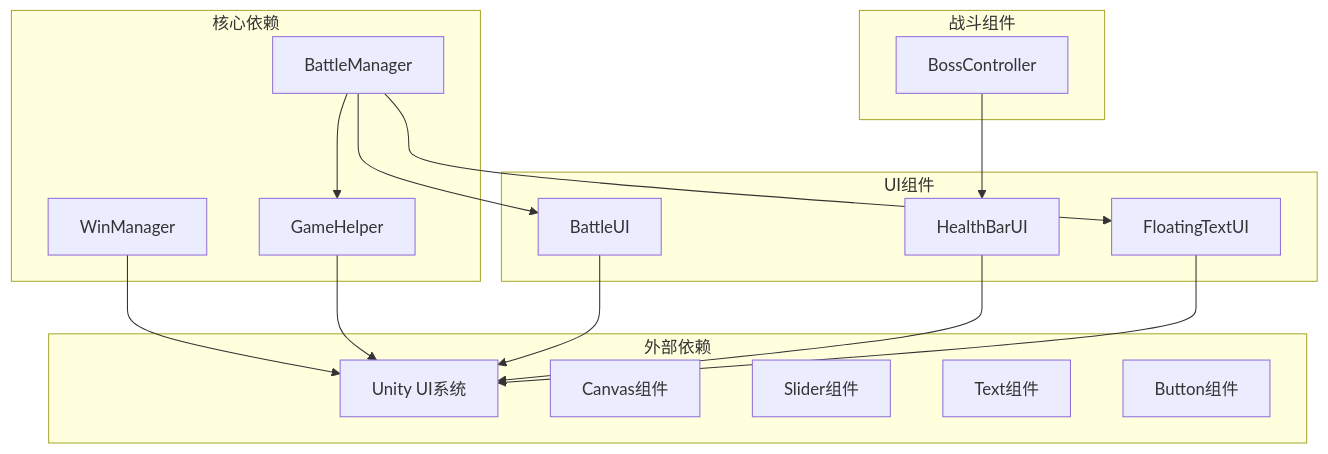
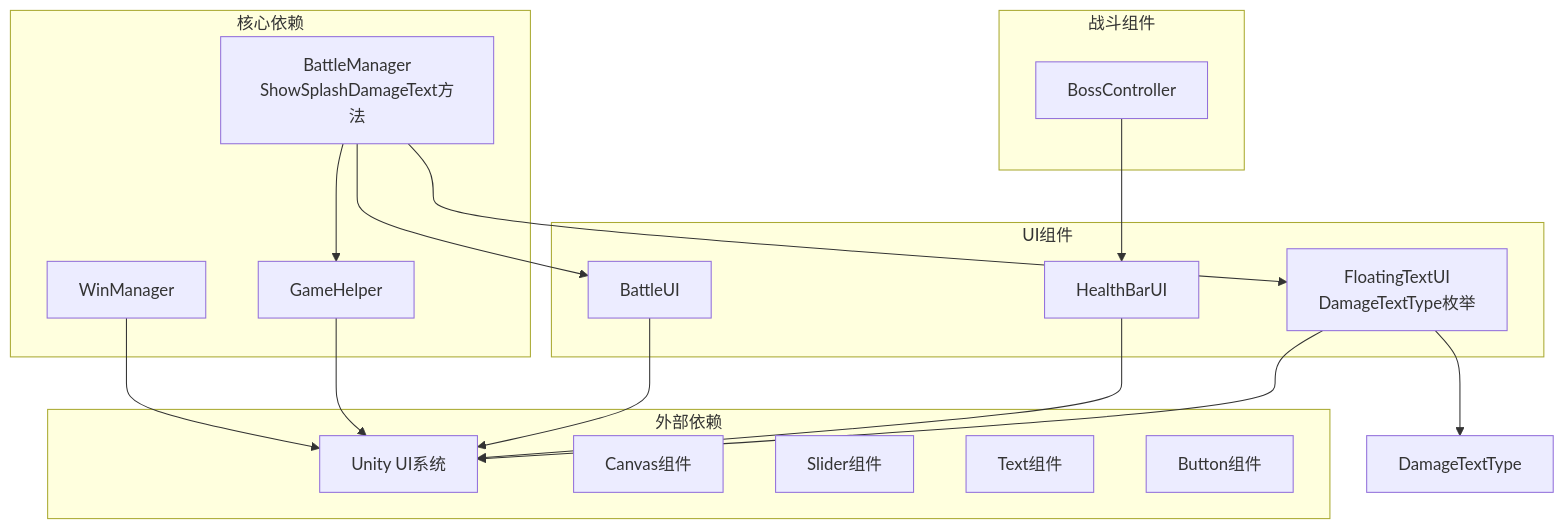
The eighth of 8 diagrams in .qoder/repowiki/zh/content/用户界面系统/战斗界面系统.md (Tuusen/p1_client), drawn with Mermaid before and after one commit. The commit also changed other lines of this file and 9 other files, not shown here.

````diff
--- a/.qoder/repowiki/zh/content/用户界面系统/战斗界面系统.md
+++ b/.qoder/repowiki/zh/content/用户界面系统/战斗界面系统.md
@@ -310,32 +405,33 @@
 ```mermaid
 graph TB
 subgraph "外部依赖"
 UnityUI[Unity UI系统]
 Canvas[Canvas组件]
 Slider[Slider组件]
 Text[Text组件]
 Button[Button组件]
 end
 subgraph "核心依赖"
-BattleManager[BattleManager]
+BattleManager[BattleManager<br/>ShowSplashDamageText方法]
 GameHelper[GameHelper]
 WinManager[WinManager]
 end
 subgraph "UI组件"
 BattleUI[BattleUI]
 HealthBarUI[HealthBarUI]
-FloatingTextUI[FloatingTextUI]
+FloatingTextUI[FloatingTextUI<br/>DamageTextType枚举]
 end
 subgraph "战斗组件"
 BossController[BossController]
 end
 BattleManager --> BattleUI
 BattleManager --> FloatingTextUI
 BattleManager --> GameHelper
 BossController --> HealthBarUI
 WinManager --> UnityUI
 GameHelper --> UnityUI
 BattleUI --> UnityUI
 HealthBarUI --> UnityUI
 FloatingTextUI --> UnityUI
+FloatingTextUI --> DamageTextType
 ```
````
